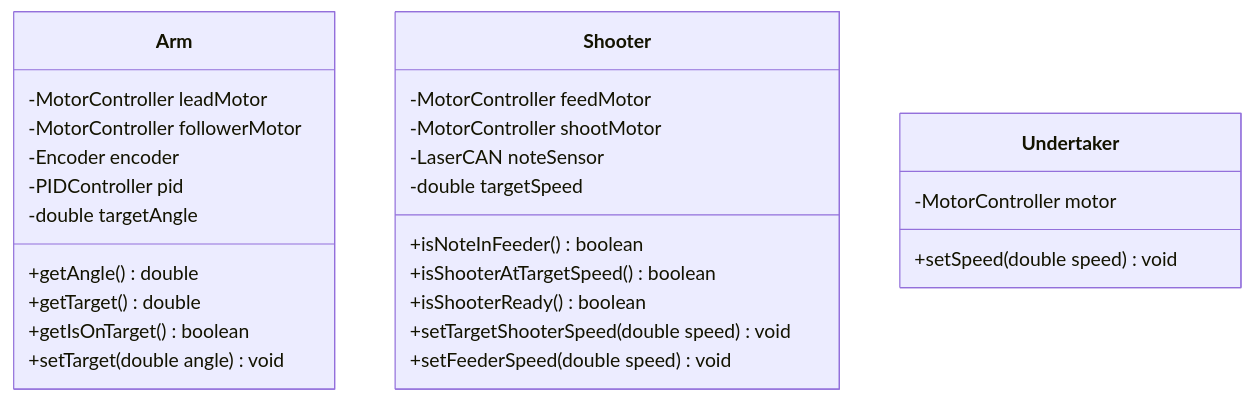
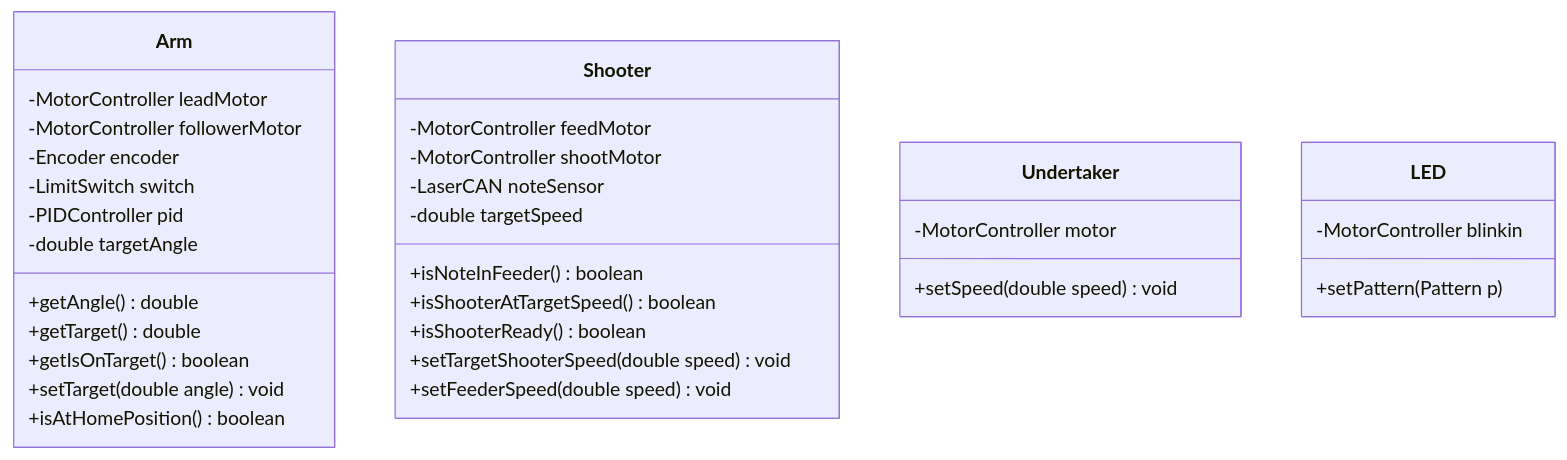
The diagram in design/V1/class-diagram.md (frc1675/frc1675-2024-general), drawn with Mermaid before and after one commit. The commit also changed 1 other file, not shown here.

Commit message:
Added LED class

````diff
--- a/design/V1/class-diagram.md
+++ b/design/V1/class-diagram.md
@@ -1,38 +1,46 @@
 ```mermaid
 
 classDiagram
 
     class Arm {
         -MotorController leadMotor
         -MotorController followerMotor
         -Encoder encoder
+        -LimitSwitch switch
         -PIDController pid
         -double targetAngle
 
         +getAngle() double
         +getTarget() double
         +getIsOnTarget() boolean
         +setTarget(double angle) void
+        +isAtHomePosition() boolean
     }
 
     class Shooter {
         -MotorController feedMotor
         -MotorController shootMotor
         -LaserCAN noteSensor
         -double targetSpeed
 
         +isNoteInFeeder() boolean
         +isShooterAtTargetSpeed() boolean
         +isShooterReady() boolean
 
         +setTargetShooterSpeed(double speed) void
         +setFeederSpeed(double speed) void
     }
 
     class Undertaker {
         -MotorController motor
 
         +setSpeed(double speed) void
     }
 
+    class LED {
+        -MotorController blinkin
+
+        +setPattern(Pattern p)
+    }
+
 ```
````
